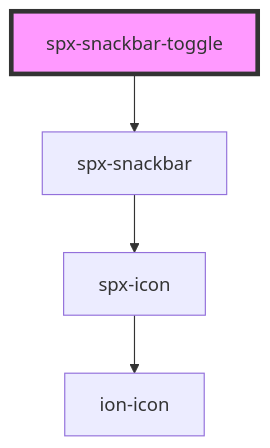
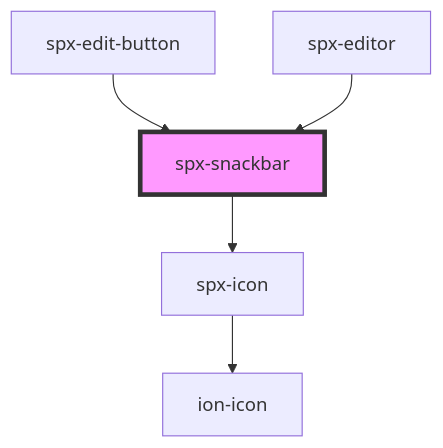
Before and after one commit to dnnsjsk/spx: the diagram in stencil/src/components/spx-snackbar/readme.md, drawn with Mermaid. The commit also changed other lines of this file and 247 other files, not shown here.

````diff
--- a/stencil/src/components/spx-snackbar/readme.md
+++ b/stencil/src/components/spx-snackbar/readme.md
@@ -15,7 +66,8 @@
 ```mermaid
 graph TD;
-  spx-snackbar-toggle --> spx-snackbar
   spx-snackbar --> spx-icon
   spx-icon --> ion-icon
-  style spx-snackbar-toggle fill:#f9f,stroke:#333,stroke-width:4px
+  spx-edit-button --> spx-snackbar
+  spx-editor --> spx-snackbar
+  style spx-snackbar fill:#f9f,stroke:#333,stroke-width:4px
 ```
````
